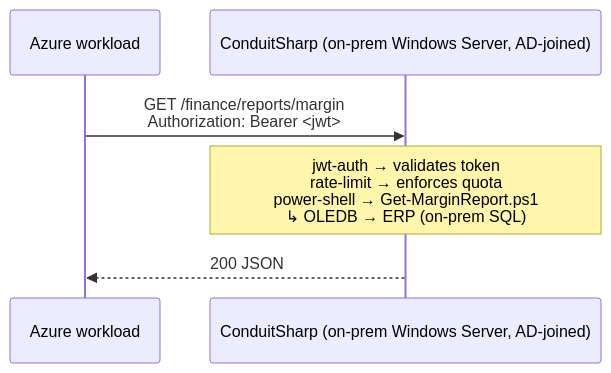
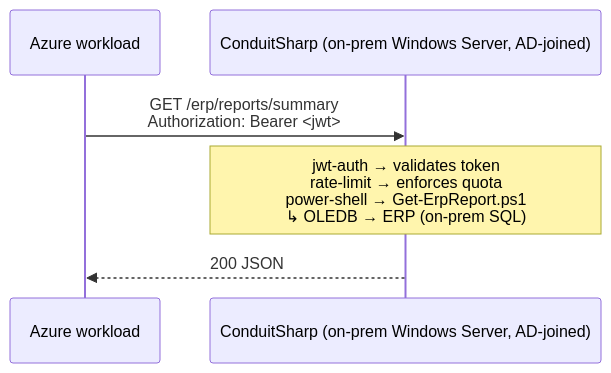
Before and after one commit to liqngliz/ConduitSharp: the fourth of 6 diagrams in docs/ENTERPRISE.md, drawn with Mermaid. The commit also changed other lines of this file and 65 other files, not shown here.

````diff
--- a/docs/ENTERPRISE.md
+++ b/docs/ENTERPRISE.md
@@ -203,9 +203,9 @@
 ```mermaid
 sequenceDiagram
     participant Azure as Azure workload
     participant CS as ConduitSharp (on-prem Windows Server, AD-joined)
 
-    Azure->>CS: GET /finance/reports/margin<br/>Authorization: Bearer <jwt>
-    Note over CS: jwt-auth → validates token<br/>rate-limit → enforces quota<br/>power-shell → Get-MarginReport.ps1<br/>↳ OLEDB → ERP (on-prem SQL)
+    Azure->>CS: GET /erp/reports/summary<br/>Authorization: Bearer <jwt>
+    Note over CS: jwt-auth → validates token<br/>rate-limit → enforces quota<br/>power-shell → Get-ErpReport.ps1<br/>↳ OLEDB → ERP (on-prem SQL)
     CS-->>Azure: 200 JSON
 ```
````
